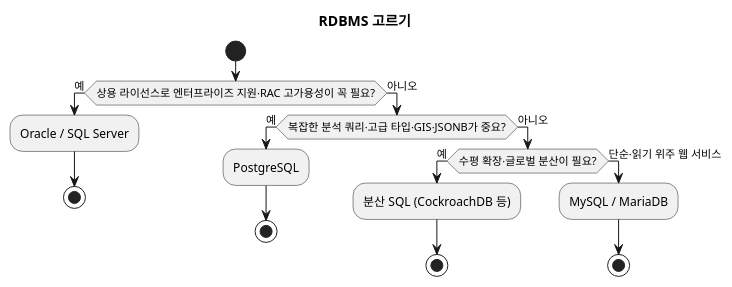
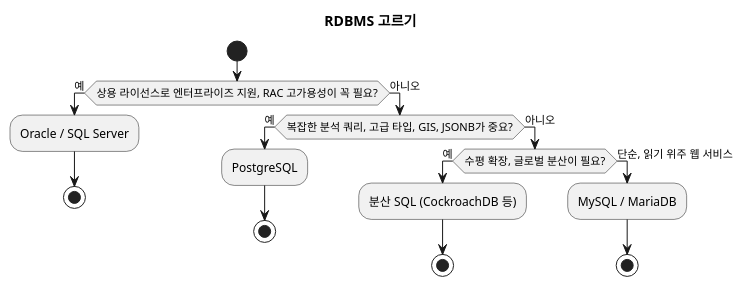
Before and after one commit to johnycho/johny-dev: the diagram in blog/2026-09-23-rdbms-comparison.mdx, drawn with PlantUML. The commit also changed other lines of this file and 188 other files, not shown here.

````diff
--- a/blog/2026-09-23-rdbms-comparison.mdx
+++ b/blog/2026-09-23-rdbms-comparison.mdx
@@ -81,23 +81,23 @@
 ```plantuml
 @startuml
 title RDBMS 고르기
 start
-if (상용 라이선스로 엔터프라이즈 지원·RAC 고가용성이 꼭 필요?) then (예)
+if (상용 라이선스로 엔터프라이즈 지원, RAC 고가용성이 꼭 필요?) then (예)
   :Oracle / SQL Server;
   stop
 else (아니오)
-  if (복잡한 분석 쿼리·고급 타입·GIS·JSONB가 중요?) then (예)
+  if (복잡한 분석 쿼리, 고급 타입, GIS, JSONB가 중요?) then (예)
     :PostgreSQL;
     stop
   else (아니오)
-    if (수평 확장·글로벌 분산이 필요?) then (예)
+    if (수평 확장, 글로벌 분산이 필요?) then (예)
       :분산 SQL (CockroachDB 등);
       stop
-    else (단순·읽기 위주 웹 서비스)
+    else (단순, 읽기 위주 웹 서비스)
       :MySQL / MariaDB;
       stop
     endif
   endif
 endif
 @enduml
 ```
````
